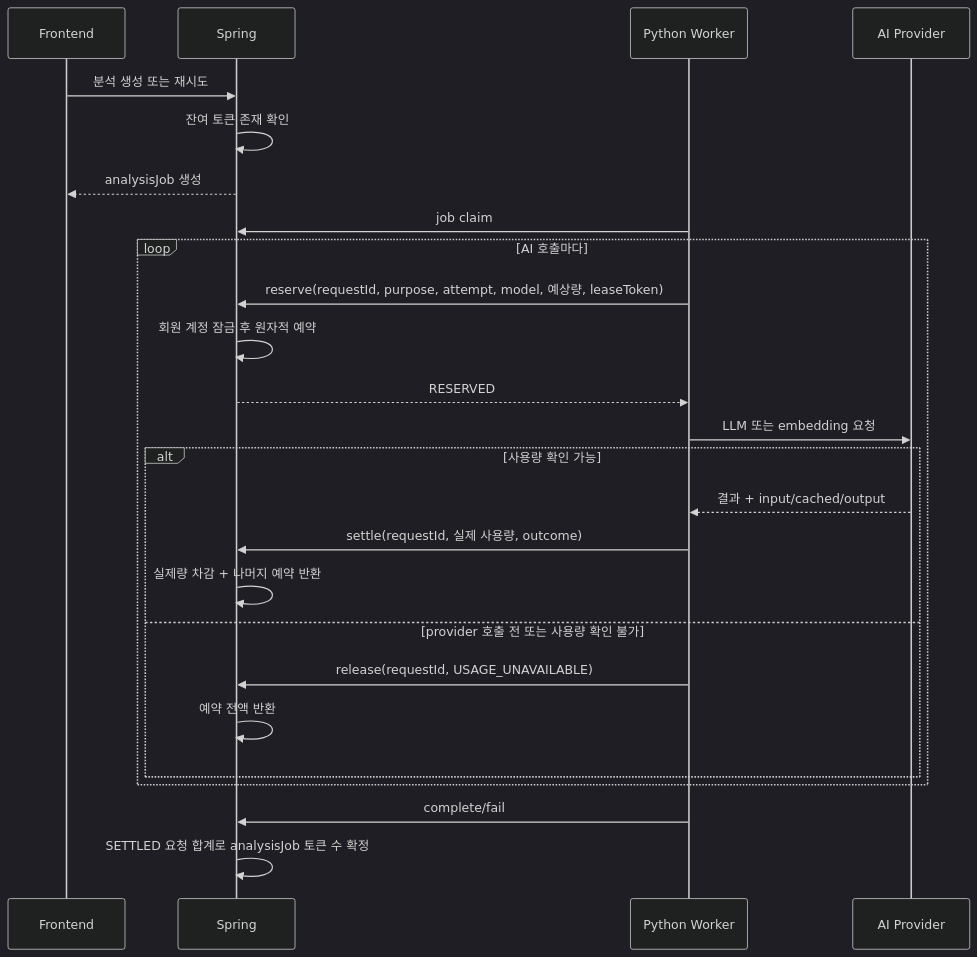
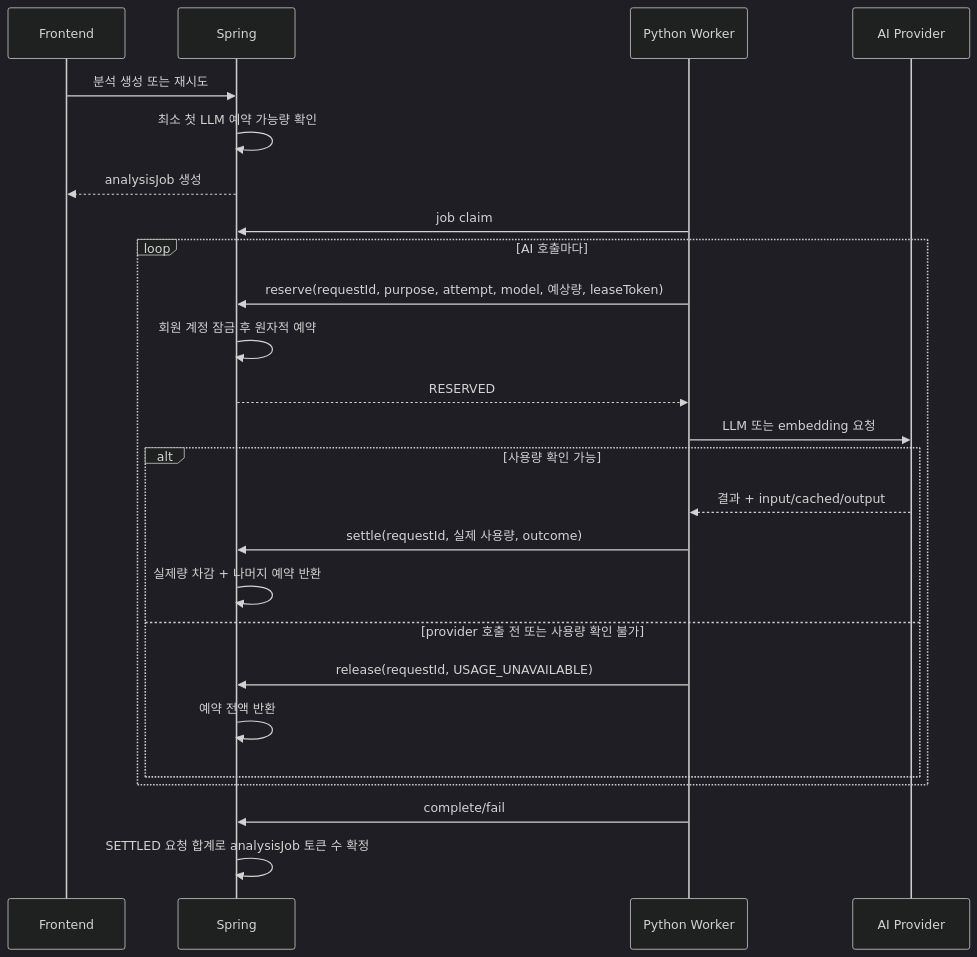
Before and after one commit to catchhole-soma/catchhole-backend-java: the diagram in docs/ai-token-usage.md, drawn with Mermaid (dark theme). The commit also changed other lines of this file and 6 other files, not shown here.

````diff
--- a/docs/ai-token-usage.md
+++ b/docs/ai-token-usage.md
@@ -37,28 +37,28 @@
 ```mermaid
 sequenceDiagram
     participant FE as Frontend
     participant BE as Spring
     participant Worker as Python Worker
     participant AI as AI Provider
 
     FE->>BE: 분석 생성 또는 재시도
-    BE->>BE: 잔여 토큰 존재 확인
+    BE->>BE: 최소 첫 LLM 예약 가능량 확인
     BE-->>FE: analysisJob 생성
     Worker->>BE: job claim
     loop AI 호출마다
         Worker->>BE: reserve(requestId, purpose, attempt, model, 예상량, leaseToken)
         BE->>BE: 회원 계정 잠금 후 원자적 예약
         BE-->>Worker: RESERVED
         Worker->>AI: LLM 또는 embedding 요청
         alt 사용량 확인 가능
             AI-->>Worker: 결과 + input/cached/output
             Worker->>BE: settle(requestId, 실제 사용량, outcome)
             BE->>BE: 실제량 차감 + 나머지 예약 반환
         else provider 호출 전 또는 사용량 확인 불가
             Worker->>BE: release(requestId, USAGE_UNAVAILABLE)
             BE->>BE: 예약 전액 반환
         end
     end
     Worker->>BE: complete/fail
     BE->>BE: SETTLED 요청 합계로 analysisJob 토큰 수 확정
 ```
````
